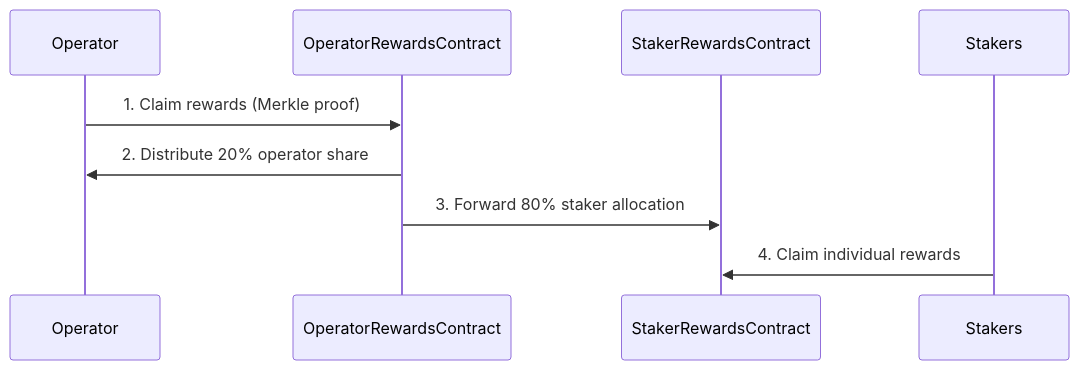
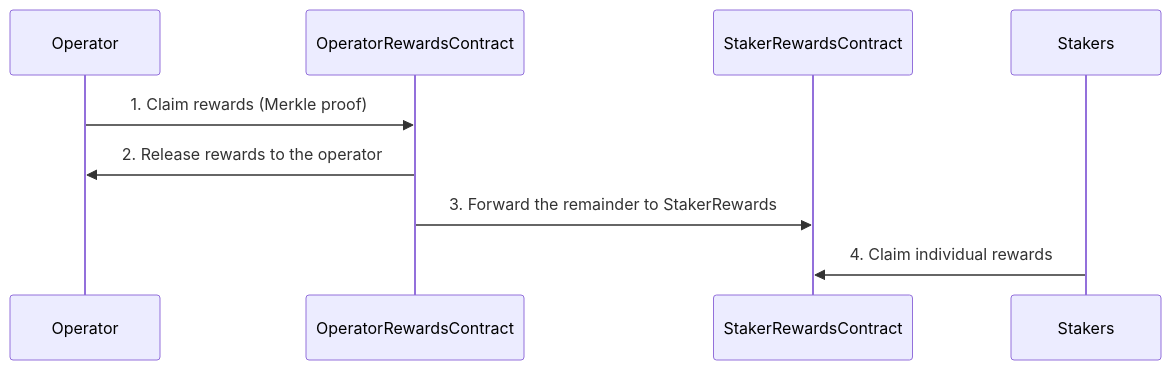
Before and after one commit to moondance-labs/tanssi-docs: the fourth of 5 diagrams in learn/tanssi/external-security-providers/symbiotic.md, drawn with Mermaid. The commit also changed other lines of this file, not shown here.

````diff
--- a/learn/tanssi/external-security-providers/symbiotic.md
+++ b/learn/tanssi/external-security-providers/symbiotic.md
@@ -154,12 +157,12 @@
 ```mermaid
 sequenceDiagram
-    participant Operator
-    participant OperatorRewardsContract
-    participant StakerRewardsContract
-    participant Stakers
+ participant Operator
+ participant OperatorRewardsContract
+ participant StakerRewardsContract
+ participant Stakers
 
-    Operator->>OperatorRewardsContract: 1. Claim rewards (Merkle proof)
-    OperatorRewardsContract->>Operator: 2. Distribute 20% operator share
-    OperatorRewardsContract->>StakerRewardsContract: 3. Forward 80% staker allocation
-    Stakers->>StakerRewardsContract: 4. Claim individual rewards
+ Operator->>OperatorRewardsContract: 1. Claim rewards (Merkle proof)
+ OperatorRewardsContract->>Operator: 2. Release rewards to the operator
+ OperatorRewardsContract->>StakerRewardsContract: 3. Forward the remainder to StakerRewards
+ Stakers->>StakerRewardsContract: 4. Claim individual rewards
 ```
````
